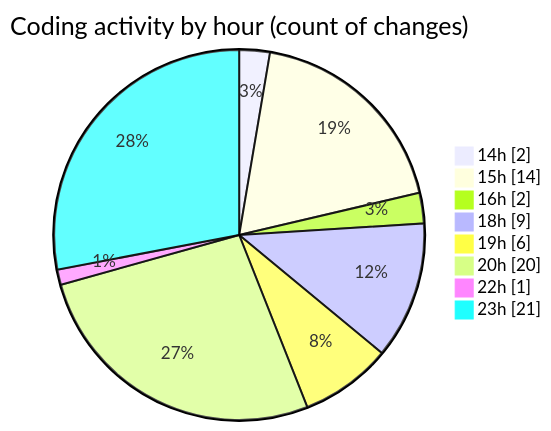
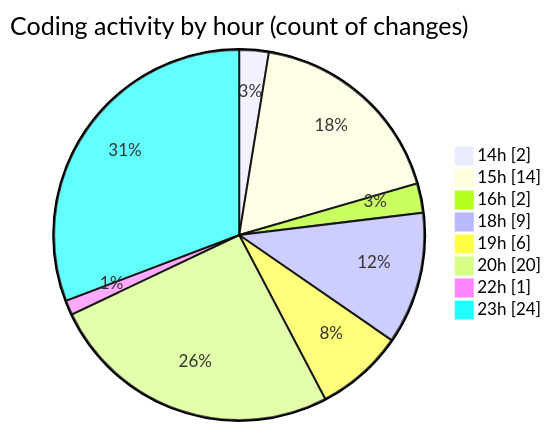
Before and after one commit to Netris89/code-tracking: the second of 2 diagrams in 2025-03-21/back-end/README.md, drawn with Mermaid. The commit also changed other lines of this file and 1 other file, not shown here.

````diff
--- a/2025-03-21/back-end/README.md
+++ b/2025-03-21/back-end/README.md
@@ -33,12 +33,12 @@
 ```mermaid
 pie showData
 title Coding activity by hour (count of changes)
 "14h" : 2
 "15h" : 14
 "16h" : 2
 "18h" : 9
 "19h" : 6
 "20h" : 20
 "22h" : 1
-"23h" : 21
+"23h" : 24
 ```
````
